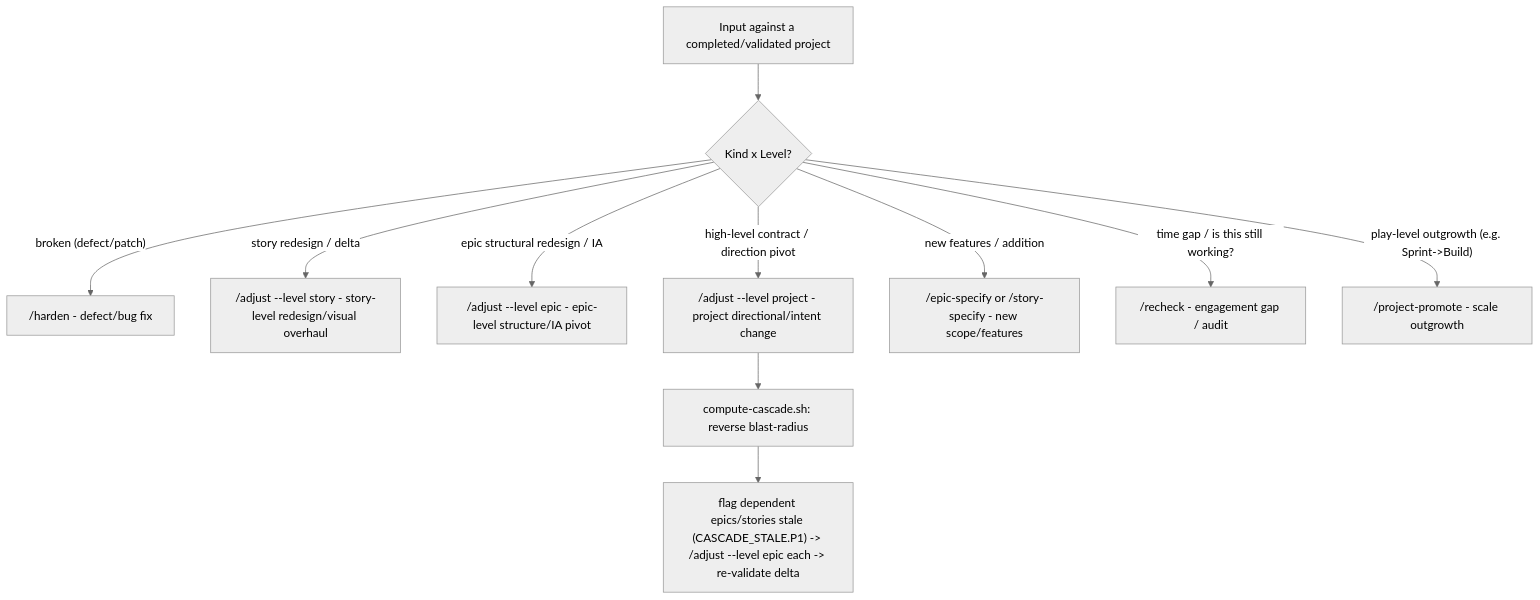
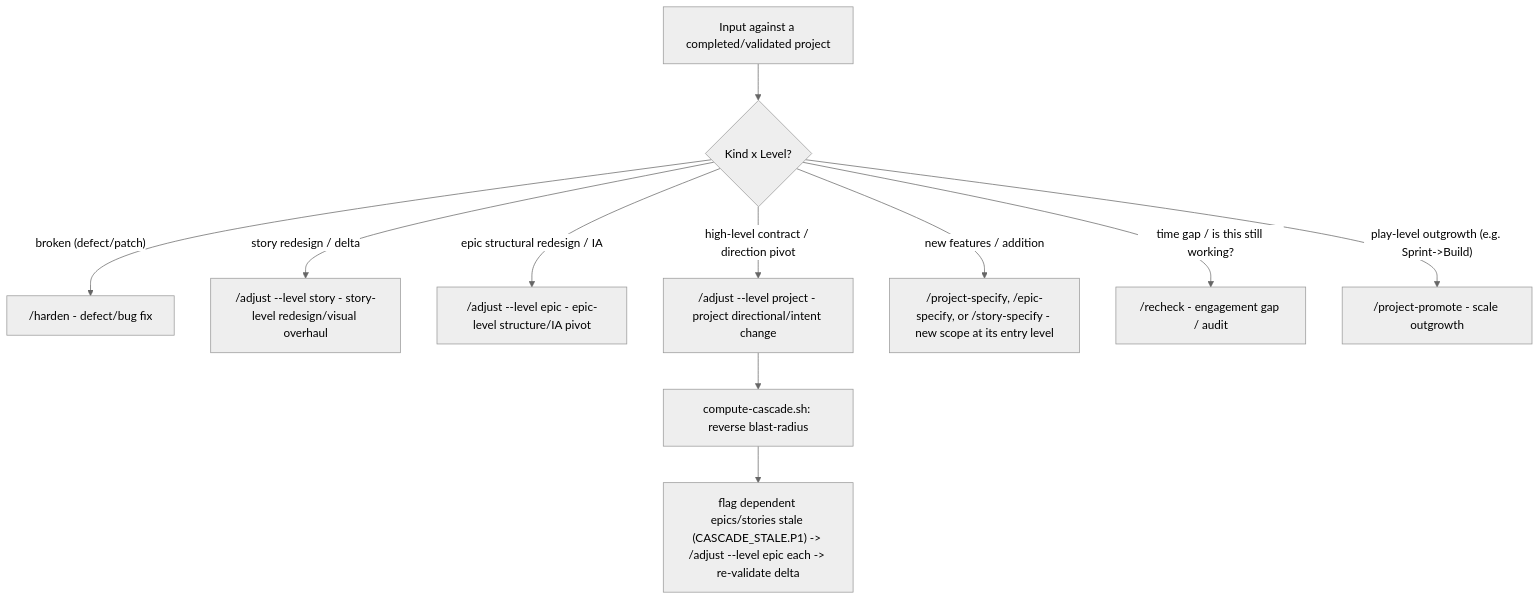
Before and after one commit to telum-ai/speck: the diagram in .speck/reference/command-phases.md, drawn with Mermaid (neutral theme). The commit also changed other lines of this file and 48 other files, not shown here.

Commit message:
fix(v11): keep canonical flow always on

````diff
--- a/.speck/reference/command-phases.md
+++ b/.speck/reference/command-phases.md
@@ -40,24 +27,24 @@
 ```mermaid
 flowchart TD
   input["Input against a completed/validated project"]
   triage{"Kind x Level?"}
   defect["/harden - defect/bug fix"]
   s["/adjust --level story - story-level redesign/visual overhaul"]
   e["/adjust --level epic - epic-level structure/IA pivot"]
   p["/adjust --level project - project directional/intent change"]
-  new_scope["/epic-specify or /story-specify - new scope/features"]
+  new_scope["/project-specify, /epic-specify, or /story-specify - new scope at its entry level"]
   drift["/recheck - engagement gap / audit"]
   promote["/project-promote - scale outgrowth"]
 
   input --> triage
   triage -->|"broken (defect/patch)"| defect
   triage -->|"story redesign / delta"| s
   triage -->|"epic structural redesign / IA"| e
   triage -->|"high-level contract / direction pivot"| p
   triage -->|"new features / addition"| new_scope
   triage -->|"time gap / is this still working?"| drift
   triage -->|"play-level outgrowth (e.g. Sprint->Build)"| promote
 
   p --> cascade["compute-cascade.sh: reverse blast-radius"]
   cascade --> fanout["flag dependent epics/stories stale (CASCADE_STALE.P1) -> /adjust --level epic each -> re-validate delta"]
 ```
````
